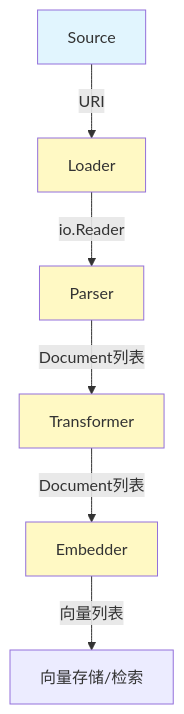
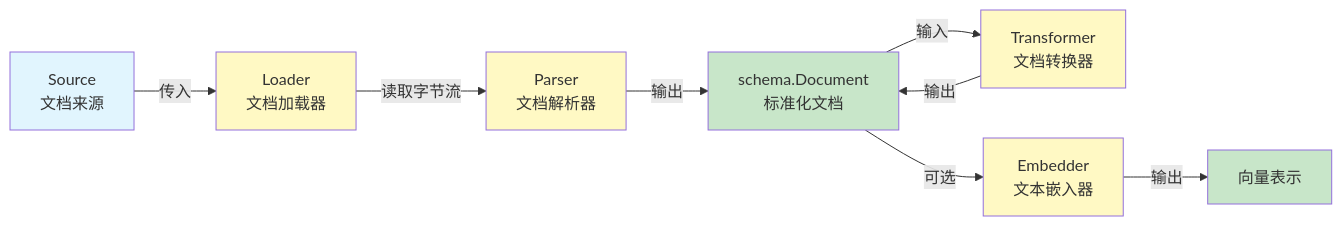
Before and after one commit to nerdneilsfield/code-wiki-pages: the diagram in public/eino-docs/document_interfaces.md, drawn with Mermaid. The commit also changed other lines of this file and 277 other files, not shown here.

````diff
--- a/public/eino-docs/document_interfaces.md
+++ b/public/eino-docs/document_interfaces.md
@@ -32,14 +46,18 @@
 ```mermaid
-graph TD
-    A[Source] -->|URI| B[Loader]
-    B -->|io.Reader| C[Parser]
-    C -->|Document列表| D[Transformer]
-    D -->|Document列表| E[Embedder]
-    E -->|向量列表| F[向量存储/检索]
+graph LR
+    Source[Source<br/>文档来源] -->|传入| Loader[Loader<br/>文档加载器]
+    Loader -->|读取字节流| Parser[Parser<br/>文档解析器]
+    Parser -->|输出| Document[schema.Document<br/>标准化文档]
+    Document -->|输入| Transformer[Transformer<br/>文档转换器]
+    Transformer -->|输出| Document
+    Document -->|可选| Embedder[Embedder<br/>文本嵌入器]
+    Embedder -->|输出| Vectors[向量表示]
     
-    style A fill:#e1f5fe
-    style B fill:#fff9c4
-    style C fill:#fff9c4
-    style D fill:#fff9c4
-    style E fill:#fff9c4
+    style Source fill:#e1f5fe
+    style Loader fill:#fff9c4
+    style Parser fill:#fff9c4
+    style Transformer fill:#fff9c4
+    style Embedder fill:#fff9c4
+    style Document fill:#c8e6c9
+    style Vectors fill:#c8e6c9
 ```
````
